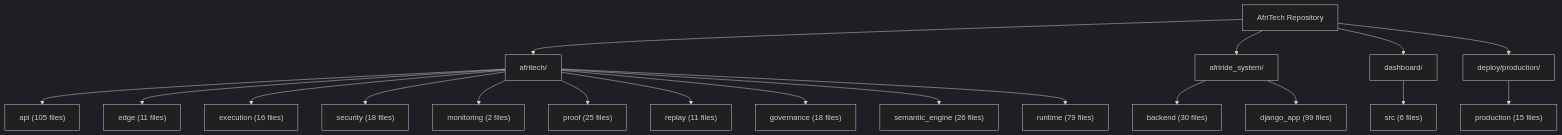
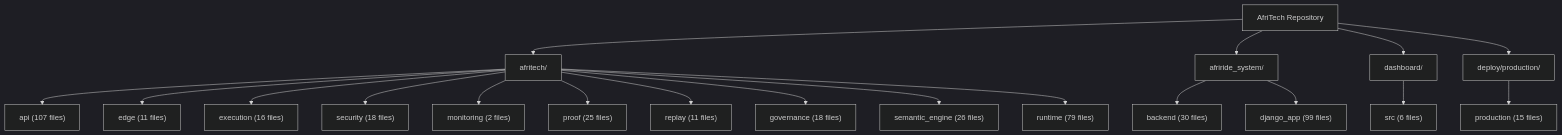
One commit to Strelly2023/afritelematics changed the second of 2 diagrams in docs/architecture/AFRITECH_FULL_ARCHITECTURE_GRAPH.md. Above: the diagram before and after it, drawn with Mermaid (dark theme). The commit also changed other lines of this file and 27 other files, not shown here.

````diff
--- a/docs/architecture/AFRITECH_FULL_ARCHITECTURE_GRAPH.md
+++ b/docs/architecture/AFRITECH_FULL_ARCHITECTURE_GRAPH.md
@@ -64,23 +64,23 @@
 ```mermaid
 flowchart TD
     Root["AfriTech Repository"] --> Core["afritech/"]
     Root --> Ride["afriride_system/"]
     Root --> Ui["dashboard/"]
     Root --> Deploy["deploy/production/"]
 
-    Core --> Api["api (105 files)"]
+    Core --> Api["api (107 files)"]
     Core --> Edge["edge (11 files)"]
     Core --> Execution["execution (16 files)"]
     Core --> Security["security (18 files)"]
     Core --> Monitoring["monitoring (2 files)"]
     Core --> Proof["proof (25 files)"]
     Core --> Replay["replay (11 files)"]
     Core --> Governance["governance (18 files)"]
     Core --> Semantic["semantic_engine (26 files)"]
     Core --> Runtime["runtime (79 files)"]
 
     Ride --> Backend["backend (30 files)"]
     Ride --> Django["django_app (99 files)"]
     Ui --> Dashboard["src (6 files)"]
     Deploy --> Production["production (15 files)"]
 ```
````
